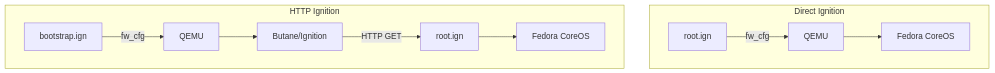
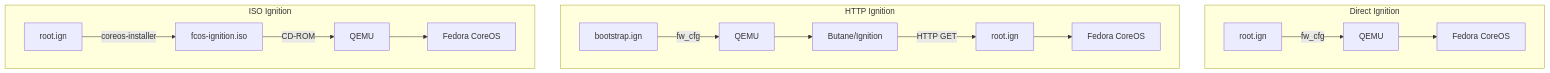
Before and after one commit to marcuwynu23/linux-initial-boot-provisioning: the third of 6 diagrams in butane-coreos-ignition/README.md, drawn with Mermaid. The commit also changed other lines of this file, not shown here.

Commit message:
docs: update README with ISO ignition flow and usage instructions for coreos-installer

````diff
--- a/butane-coreos-ignition/README.md
+++ b/butane-coreos-ignition/README.md
@@ -49,15 +53,21 @@
 ```mermaid
 flowchart TB
     subgraph Direct["Direct Ignition"]
         D1["root.ign"] -->|fw_cfg| D2["QEMU"]
         D2 --> D3["Fedora CoreOS"]
     end
     subgraph HTTP["HTTP Ignition"]
         H1["bootstrap.ign"] -->|fw_cfg| H2["QEMU"]
         H2 --> H3["Butane/Ignition"]
         H3 -->|HTTP GET| H4["root.ign"]
         H4 --> H5["Fedora CoreOS"]
     end
+    subgraph ISO["ISO Ignition"]
+        I1["root.ign"] -->|coreos-installer| I2["fcos-ignition.iso"]
+        I2 -->|CD-ROM| I3["QEMU"]
+        I3 --> I4["Fedora CoreOS"]
+    end
     Direct
     HTTP
+    ISO
 ```
````
